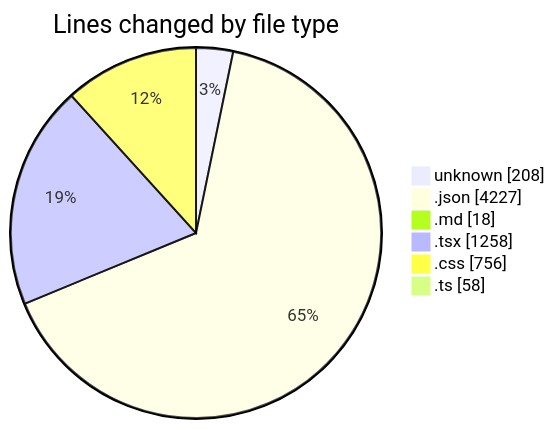
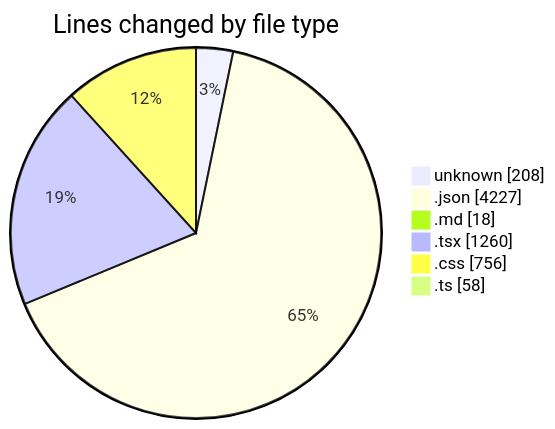
The first of 2 diagrams in 2025-08-07/ribbon/README.md (EIIisD/code-tracking), drawn with Mermaid before and after one commit. The commit also changed other lines of this file and 1 other file, not shown here.

````diff
--- a/2025-08-07/ribbon/README.md
+++ b/2025-08-07/ribbon/README.md
@@ -36,10 +36,10 @@
 ```mermaid
 pie showData
 title Lines changed by file type
 "unknown" : 208
 ".json" : 4227
 ".md" : 18
-".tsx" : 1258
+".tsx" : 1260
 ".css" : 756
 ".ts" : 58
 ```
````
